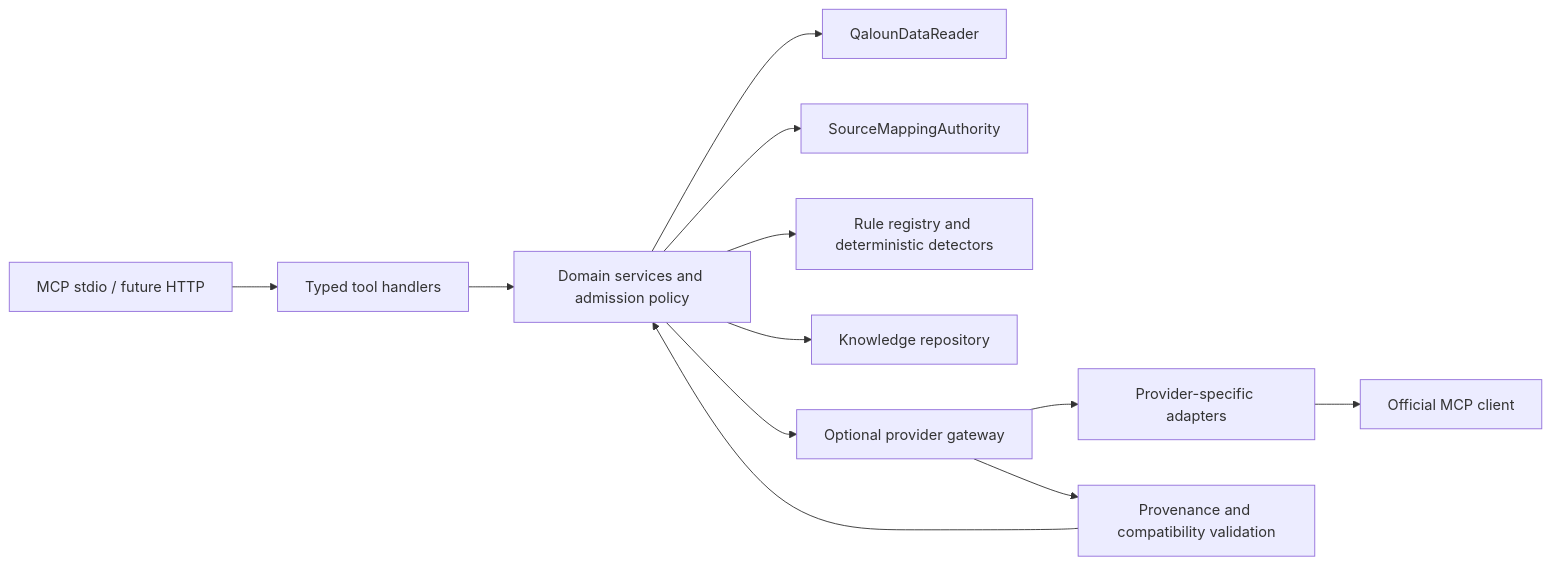
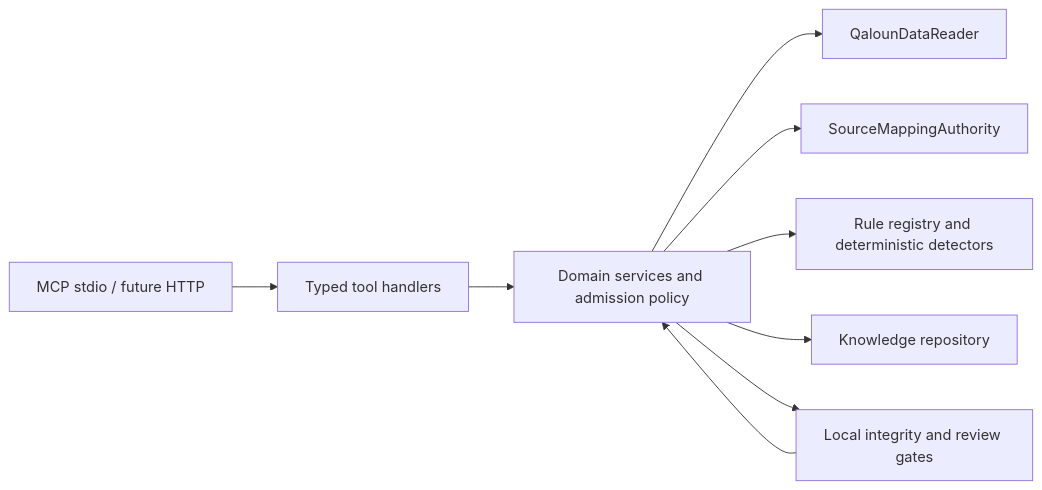
The diagram in docs/ARCHITECTURE.md (kousay11/tajwiid-MCP), drawn with Mermaid before and after one commit. The commit also changed other lines of this file and 42 other files, not shown here.

````diff
--- a/docs/ARCHITECTURE.md
+++ b/docs/ARCHITECTURE.md
@@ -17,14 +14,11 @@
 ```mermaid
 flowchart LR
     Transport[MCP stdio / future HTTP] --> Tools[Typed tool handlers]
     Tools --> Services[Domain services and admission policy]
     Services --> Quran[QalounDataReader]
     Services --> Mapping[SourceMappingAuthority]
     Services --> Tajwid[Rule registry and deterministic detectors]
     Services --> Repository[Knowledge repository]
-    Services --> Gateway[Optional provider gateway]
-    Gateway --> Adapters[Provider-specific adapters]
-    Adapters --> SDK[Official MCP client]
-    Gateway --> Admission[Provenance and compatibility validation]
+    Services --> Admission[Local integrity and review gates]
     Admission --> Services
 ```
````
